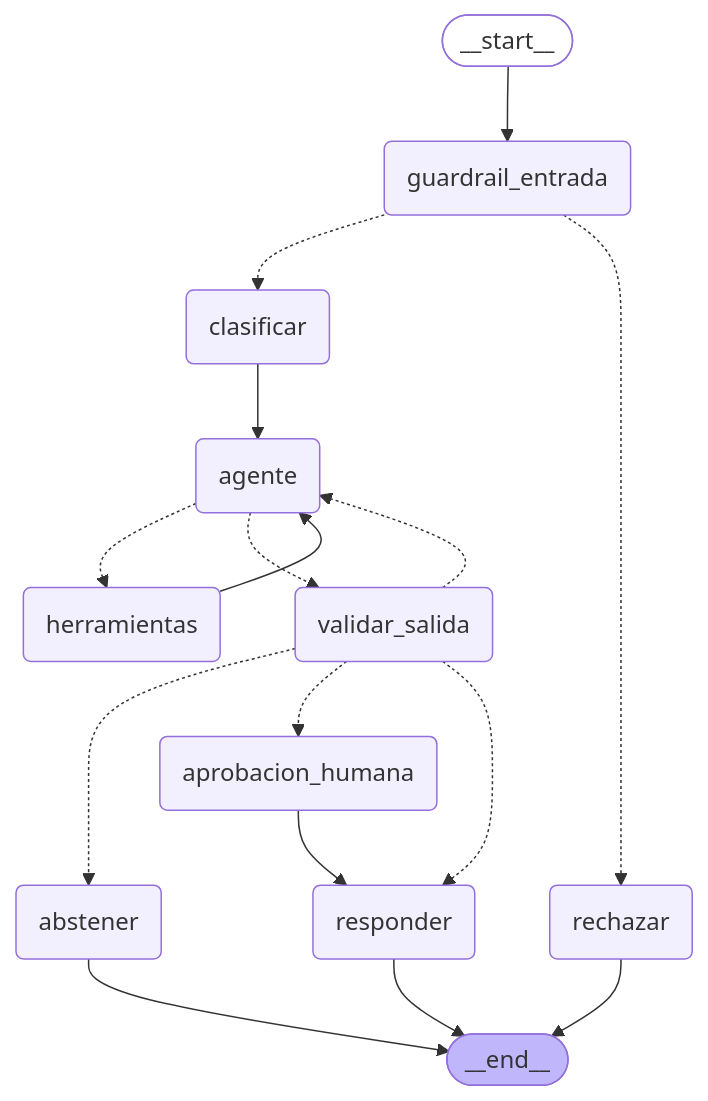
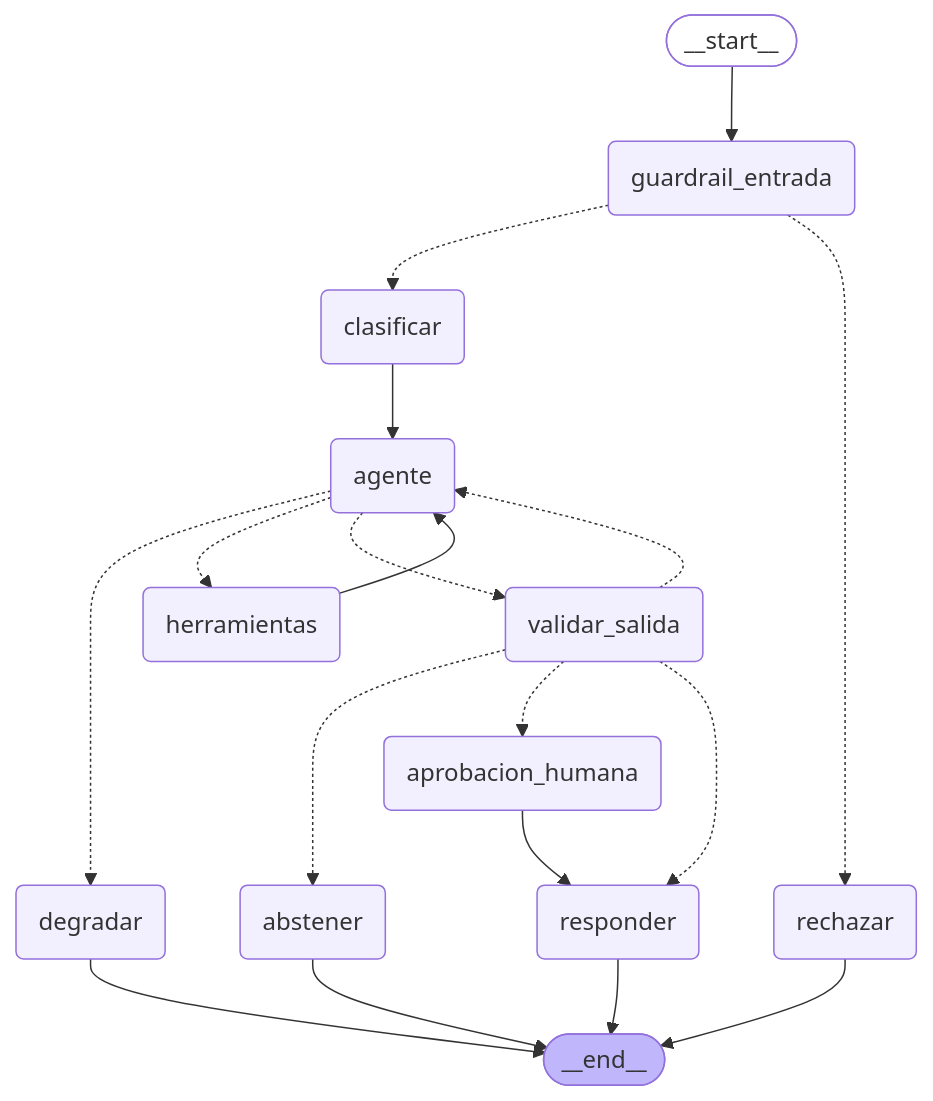
Before and after one commit to DiegoLinares11/Proyecto-Procesamiento-de-Lenguaje-Natural: the diagram in README.md, drawn with Mermaid. The commit also changed other lines of this file and 15 other files, not shown here.

````diff
--- a/README.md
+++ b/README.md
@@ -42,32 +44,35 @@
 ```mermaid
 graph TD;
 	__start__([<p>__start__</p>]):::first
 	guardrail_entrada(guardrail_entrada)
 	rechazar(rechazar)
 	clasificar(clasificar)
 	agente(agente)
 	herramientas(herramientas)
 	validar_salida(validar_salida)
 	abstener(abstener)
+	degradar(degradar)
 	aprobacion_humana(aprobacion_humana)
 	responder(responder)
 	__end__([<p>__end__</p>]):::last
 	__start__ --> guardrail_entrada;
+	agente -.-> degradar;
 	agente -.-> herramientas;
 	agente -.-> validar_salida;
 	aprobacion_humana --> responder;
 	clasificar --> agente;
 	guardrail_entrada -.-> clasificar;
 	guardrail_entrada -.-> rechazar;
 	herramientas --> agente;
 	validar_salida -.-> abstener;
 	validar_salida -.-> agente;
 	validar_salida -.-> aprobacion_humana;
 	validar_salida -.-> responder;
 	abstener --> __end__;
+	degradar --> __end__;
 	rechazar --> __end__;
 	responder --> __end__;
 	classDef default fill:#f2f0ff,line-height:1.2
 	classDef first fill-opacity:0
 	classDef last fill:#bfb6fc
 ```
````
